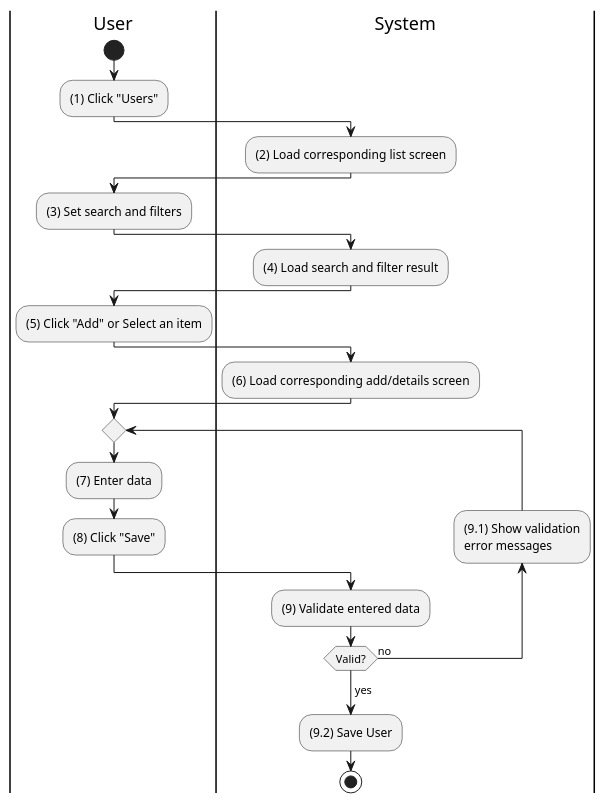
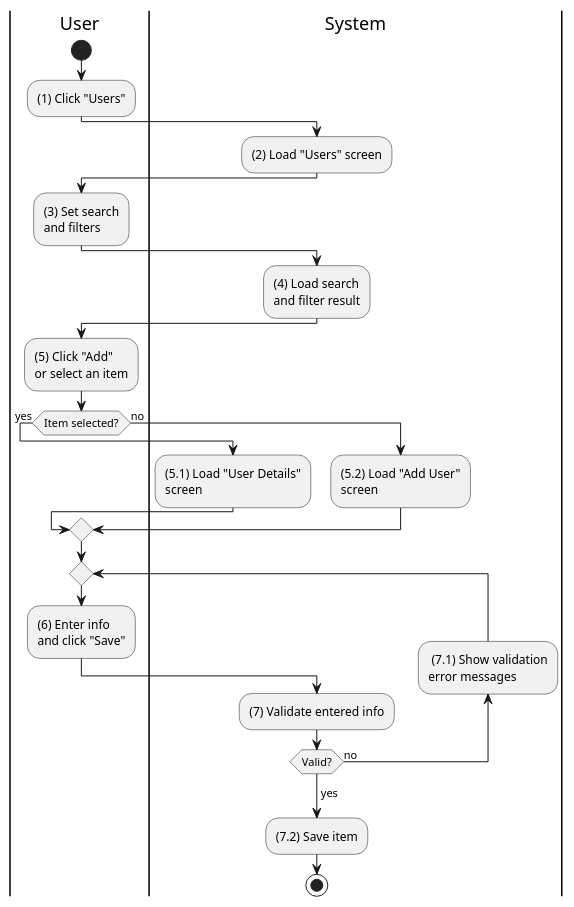
The diagram in activities/user-manage.plantuml (phihungha/scmss-reqs), drawn with PlantUML before and after one commit. The commit also changed 21 other files, not shown here.

```diff
--- a/activities/user-manage.plantuml
+++ b/activities/user-manage.plantuml
@@ -1,37 +1,39 @@
 @startuml user-manage
 |u|User
 |s|System
 
 |u|
 start
 :(1) Click "Users";
 
 |s|
-:(2) Load corresponding list screen;
+:(2) Load "Users" screen;
 
 |u|
-:(3) Set search and filters;
+:(3) Set search\nand filters;
 
 |s|
-:(4) Load search and filter result;
+:(4) Load search\nand filter result;
 
 |u|
-:(5) Click "Add" or Select an item;
+:(5) Click "Add"\nor select an item;
 
+if (Item selected?) then (yes)
 |s|
-:(6) Load corresponding add/details screen;
+:(5.1) Load "User Details"\nscreen;
+else (no)
+:(5.2) Load "Add User"\nscreen;
+endif
 
 |u|
 repeat
-    :(7) Enter data;
-    :(8) Click "Save";
+    :(6) Enter info\nand click "Save";
 
     |s|
-    :(9) Validate entered data;
-    backward:(9.1) Show validation
-    error messages;
+    :(7) Validate entered info;
+    backward: (7.1) Show validation\nerror messages;
 repeat while (Valid?) is (no)
 ->yes;
-:(9.2) Save User;
+:(7.2) Save item;
 stop
 @enduml
```
